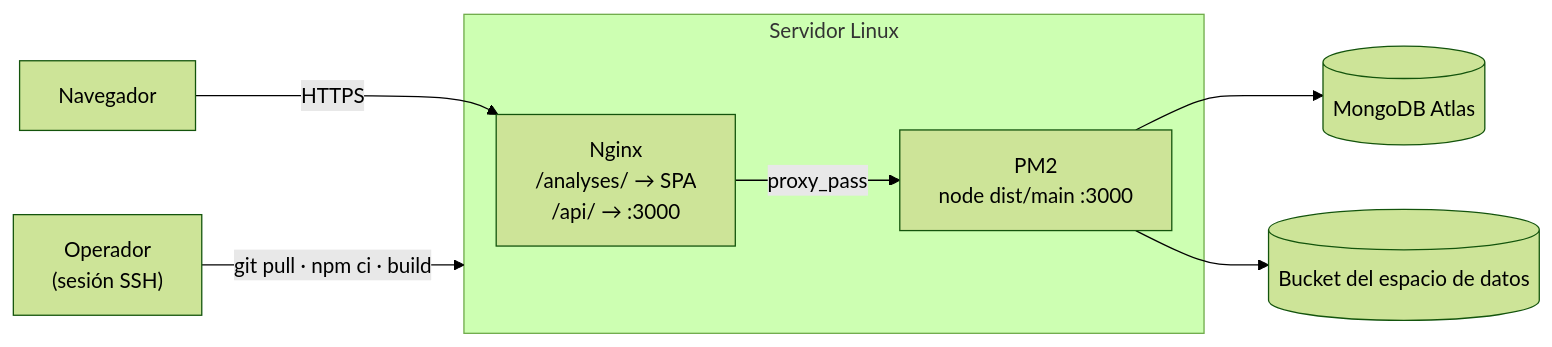
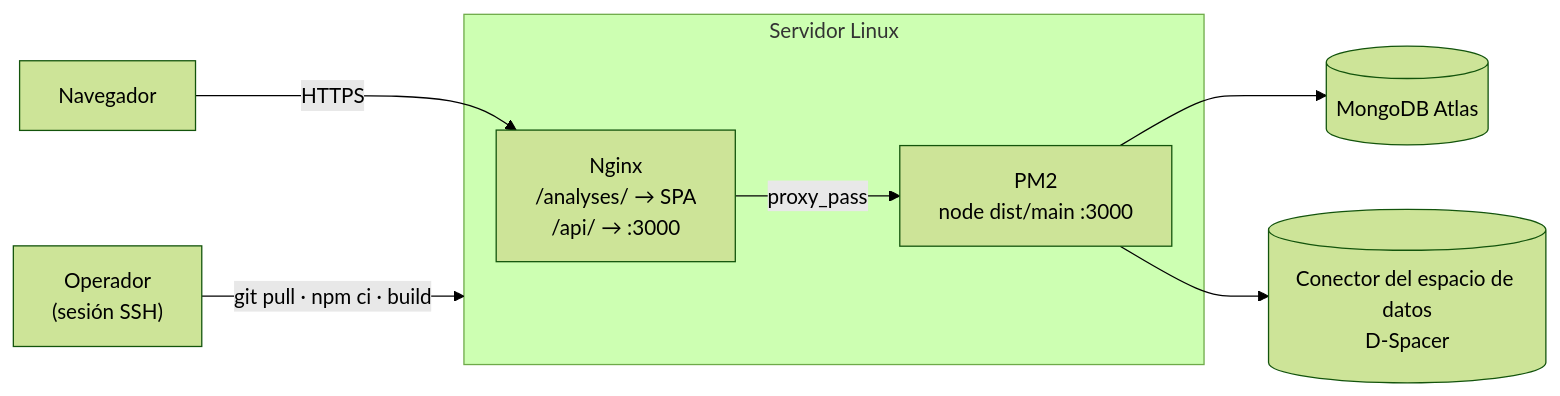
Before and after one commit to UniversalPlastic-io/ondas_analytics_api: the diagram in docs/deployment/02-nginx-pm2.md, drawn with Mermaid (forest theme). The commit also changed 24 other files, not shown here.

````diff
--- a/docs/deployment/02-nginx-pm2.md
+++ b/docs/deployment/02-nginx-pm2.md
@@ -14,12 +14,12 @@
 ```mermaid
 flowchart LR
   ADMIN["Operador<br/>(sesión SSH)"] -->|"git pull · npm ci · build"| SRV
   subgraph SRV["Servidor Linux"]
     WEB["Nginx<br/>/analyses/ → SPA<br/>/api/ → :3000"]
     PM2["PM2<br/>node dist/main :3000"]
   end
   WEB -->|proxy_pass| PM2
   PM2 --> DB[("MongoDB Atlas")]
-  PM2 --> S3[("Bucket del espacio de datos")]
+  PM2 --> DSP[("Conector del espacio de datos<br/>D-Spacer")]
   USER["Navegador"] -->|HTTPS| WEB
 ```
````
